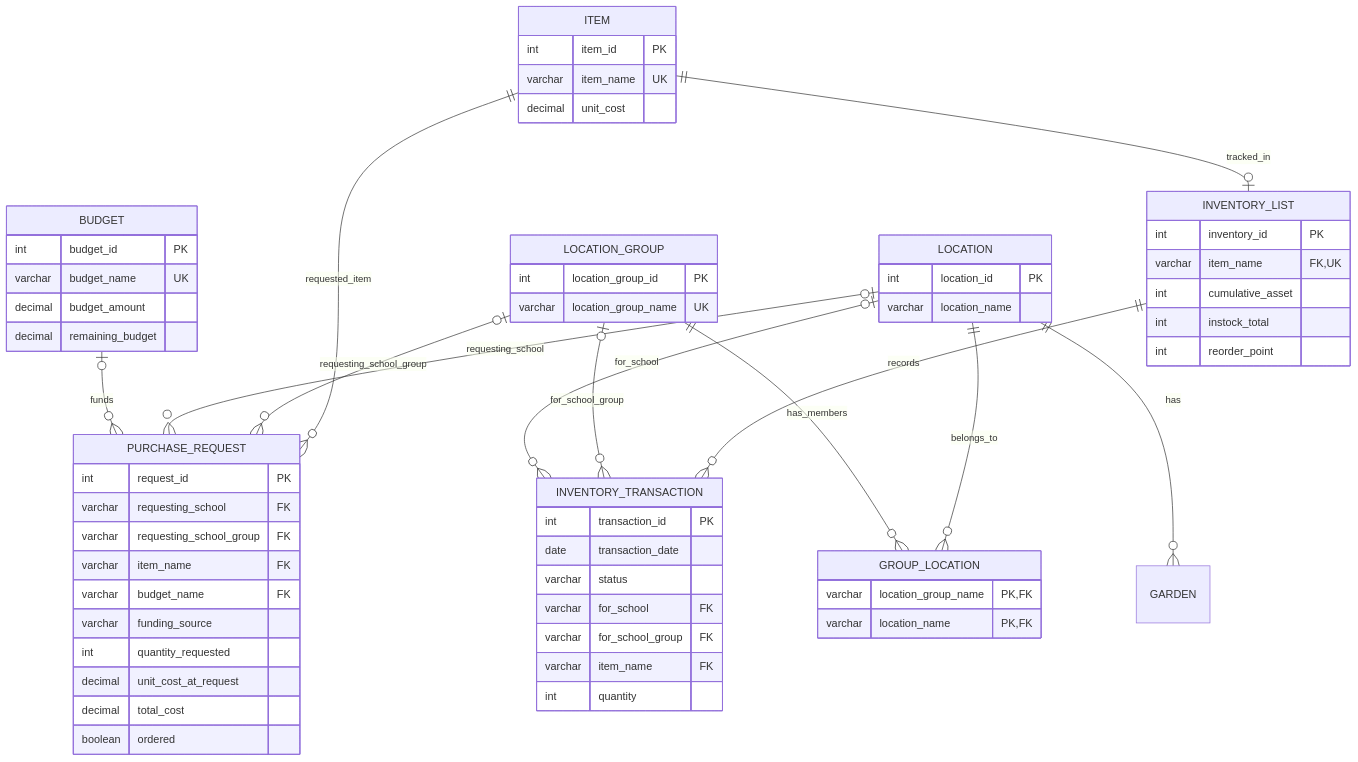
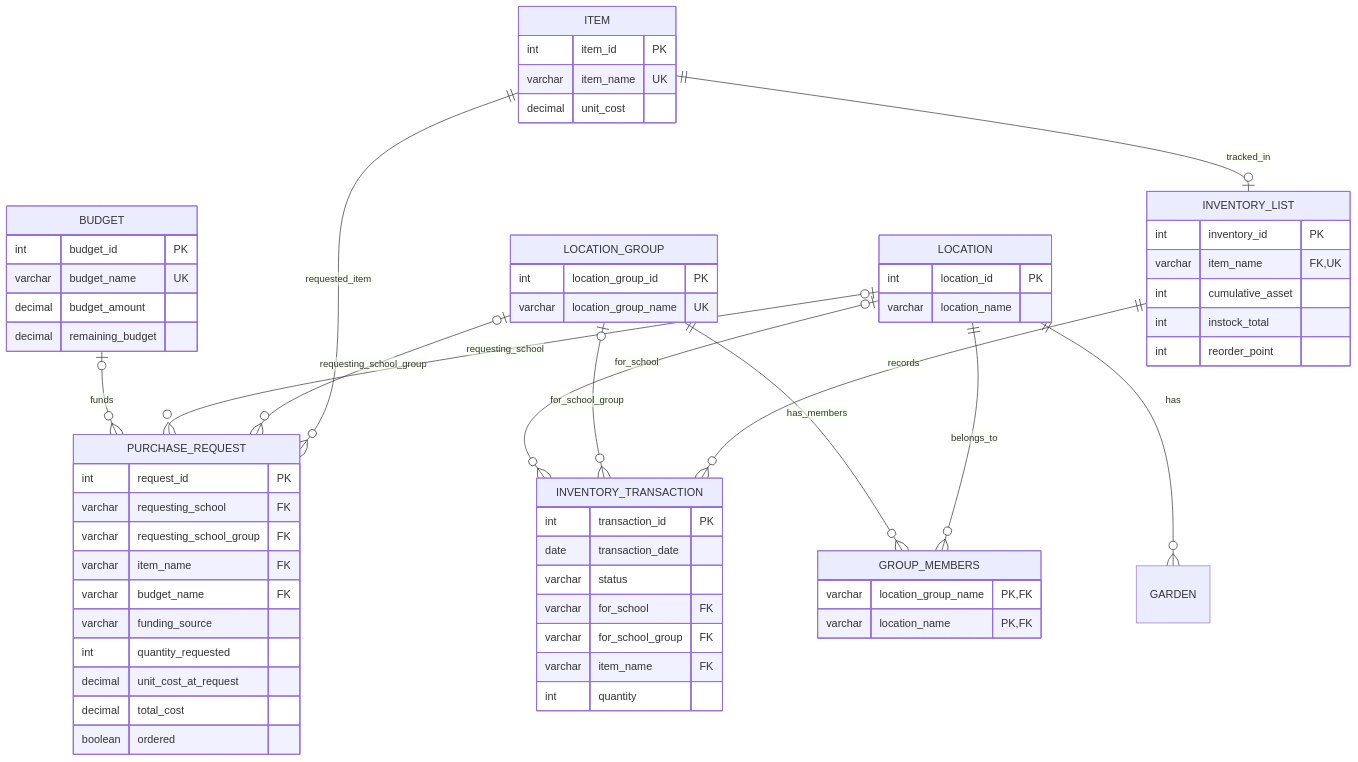
One commit to CrisOrnelas99/Garden-Database changed the first of 2 diagrams in README.md. Above: the diagram before and after it, drawn with Mermaid. The commit also changed other lines of this file and 10 other files, not shown here.

````diff
--- a/README.md
+++ b/README.md
@@ -31,77 +31,77 @@
 ```mermaid
 erDiagram
 
     BUDGET o|--o{ PURCHASE_REQUEST : funds
 
     LOCATION o|--o{ PURCHASE_REQUEST : requesting_school
     LOCATION o|--o{ INVENTORY_TRANSACTION : for_school
     LOCATION_GROUP o|--o{ PURCHASE_REQUEST : requesting_school_group
     LOCATION_GROUP o|--o{ INVENTORY_TRANSACTION : for_school_group
-    LOCATION_GROUP ||--o{ GROUP_LOCATION : has_members
-    LOCATION ||--o{ GROUP_LOCATION : belongs_to
+    LOCATION_GROUP ||--o{ GROUP_MEMBERS : has_members
+    LOCATION ||--o{ GROUP_MEMBERS : belongs_to
     LOCATION ||--o{ GARDEN : has
 
     ITEM ||--o{ PURCHASE_REQUEST : requested_item
     ITEM ||--o| INVENTORY_LIST : tracked_in
 
     INVENTORY_LIST ||--o{ INVENTORY_TRANSACTION : records
 
     BUDGET {
         int budget_id PK
         varchar budget_name UK
         decimal budget_amount
         decimal remaining_budget
     }
 
     LOCATION {
         int location_id PK
         varchar location_name
     }
 
     LOCATION_GROUP {
         int location_group_id PK
         varchar location_group_name UK
     }
 
-    GROUP_LOCATION {
+    GROUP_MEMBERS {
         varchar location_group_name PK, FK
         varchar location_name PK, FK
     }
 
     ITEM {
         int item_id PK
         varchar item_name UK
         decimal unit_cost
     }
 
     INVENTORY_LIST {
         int inventory_id PK
         varchar item_name FK, UK
         int cumulative_asset
         int instock_total
         int reorder_point
     }
 
     PURCHASE_REQUEST {
         int request_id PK
         varchar requesting_school FK
         varchar requesting_school_group FK
         varchar item_name FK
         varchar budget_name FK
         varchar funding_source
         int quantity_requested
         decimal unit_cost_at_request
         decimal total_cost
         boolean ordered
     }
 
     INVENTORY_TRANSACTION {
         int transaction_id PK
         date transaction_date
         varchar status
         varchar for_school FK
         varchar for_school_group FK
         varchar item_name FK
         int quantity
     }
 ```
````
